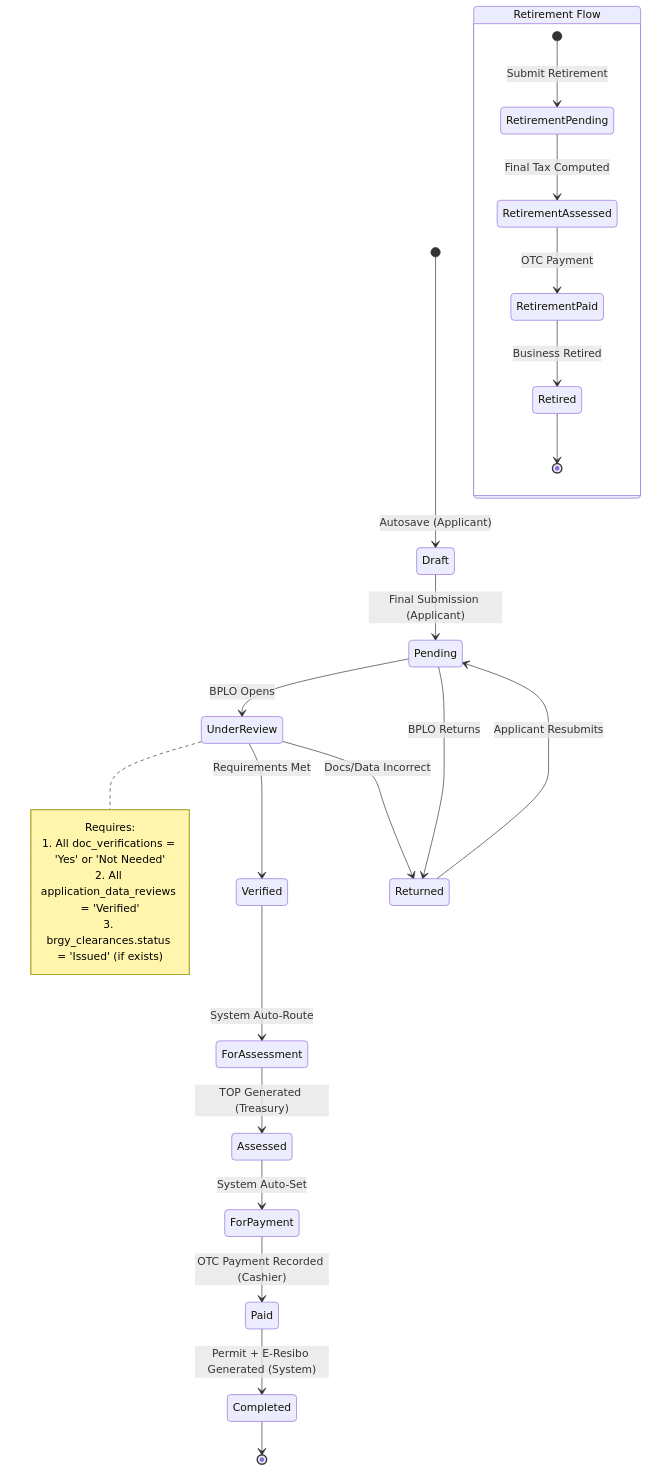
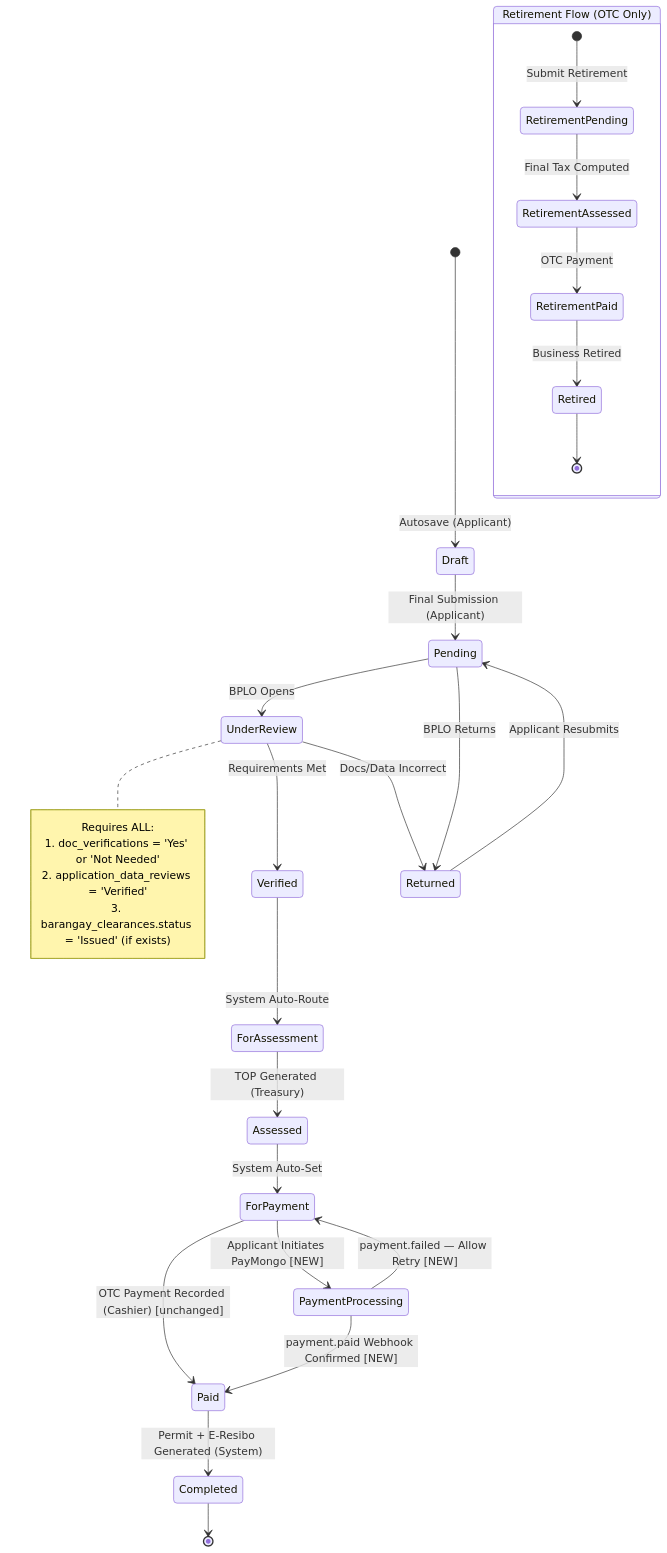
The third of 6 diagrams in system-planning/eBPLS_System_Architecture.md (albuerocedrick/ebpls), drawn with Mermaid before and after one commit. The commit also changed other lines of this file and 3 other files, not shown here.

````diff
--- a/system-planning/eBPLS_System_Architecture.md
+++ b/system-planning/eBPLS_System_Architecture.md
@@ -182,41 +216,38 @@
 ```mermaid
 stateDiagram-v2
     [*] --> Draft : Autosave (Applicant)
-
     Draft --> Pending : Final Submission (Applicant)
 
     Pending --> UnderReview : BPLO Opens
     Pending --> Returned : BPLO Returns
 
     note right of UnderReview
-        Requires:
-        1. All doc_verifications = 'Yes' or 'Not Needed'
-        2. All application_data_reviews = 'Verified'
-        3. brgy_clearances.status = 'Issued' (if exists)
+        Requires ALL:
+        1. doc_verifications = 'Yes' or 'Not Needed'
+        2. application_data_reviews = 'Verified'
+        3. barangay_clearances.status = 'Issued' (if exists)
     end note
 
     UnderReview --> Verified : Requirements Met
     UnderReview --> Returned : Docs/Data Incorrect
-
     Returned --> Pending : Applicant Resubmits
-
     Verified --> ForAssessment : System Auto-Route
-
     ForAssessment --> Assessed : TOP Generated (Treasury)
-
     Assessed --> ForPayment : System Auto-Set
 
-    ForPayment --> Paid : OTC Payment Recorded (Cashier)
+    ForPayment --> Paid : OTC Payment Recorded (Cashier) [unchanged]
+    ForPayment --> PaymentProcessing : Applicant Initiates PayMongo [NEW]
+    PaymentProcessing --> Paid : payment.paid Webhook Confirmed [NEW]
+    PaymentProcessing --> ForPayment : payment.failed — Allow Retry [NEW]
 
     Paid --> Completed : Permit + E-Resibo Generated (System)
-
     Completed --> [*]
 
-    state "Retirement Flow" as RF {
+    state "Retirement Flow (OTC Only)" as RF {
         [*] --> RetirementPending : Submit Retirement
         RetirementPending --> RetirementAssessed : Final Tax Computed
         RetirementAssessed --> RetirementPaid : OTC Payment
         RetirementPaid --> Retired : Business Retired
         Retired --> [*]
     }
 ```
````
